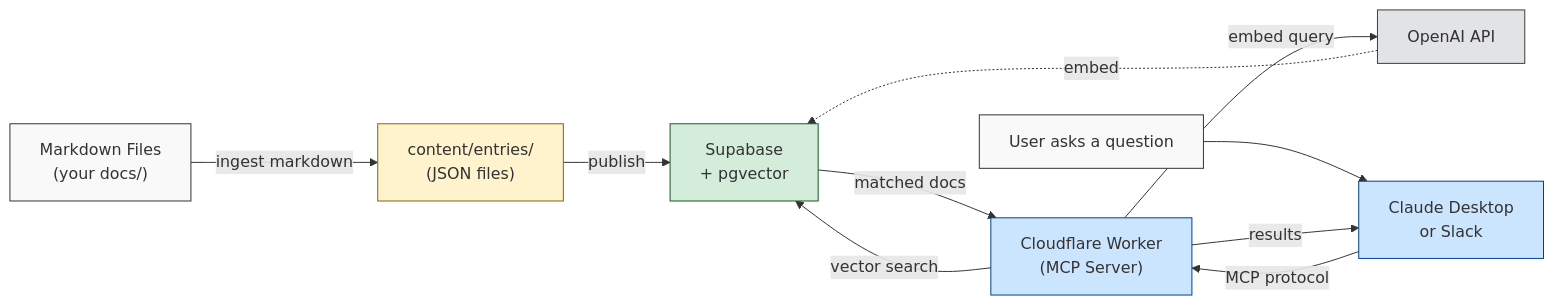
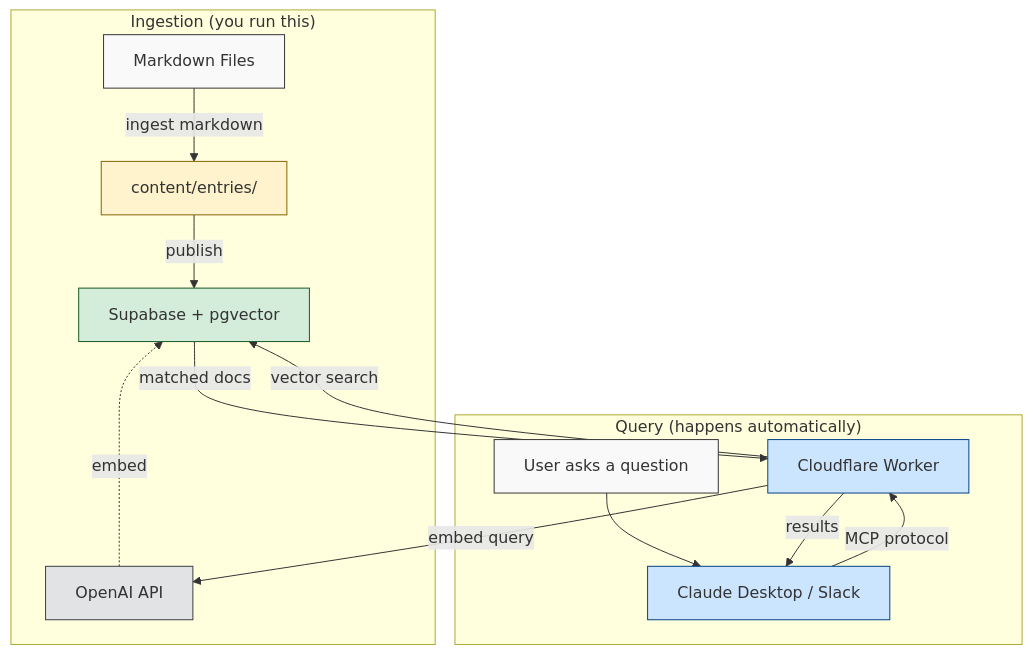
The diagram in README.md (southleft/company-docs-mcp), drawn with Mermaid before and after one commit. The commit also changed other lines of this file, not shown here.

Commit message:
docs: switch mermaid diagram to vertical layout for better readability

````diff
--- a/README.md
+++ b/README.md
@@ -153,21 +153,25 @@
 ```mermaid
-flowchart LR
-    A["Markdown Files\n(your docs/)"] -->|"ingest markdown"| B["content/entries/\n(JSON files)"]
-    B -->|"publish"| C["Supabase\n+ pgvector"]
-    D["OpenAI API"] -.->|"embed"| C
+flowchart TD
+    subgraph ingest ["Ingestion (you run this)"]
+        A["Markdown Files"] -->|"ingest markdown"| B["content/entries/"]
+        B -->|"publish"| C["Supabase + pgvector"]
+        D["OpenAI API"] -.->|"embed"| C
+    end
 
-    E["User asks a question"] --> F["Claude Desktop\nor Slack"]
-    F -->|"MCP protocol"| G["Cloudflare Worker\n(MCP Server)"]
-    G -->|"vector search"| C
-    G -->|"embed query"| D
-    C -->|"matched docs"| G
-    G -->|"results"| F
+    subgraph query ["Query (happens automatically)"]
+        E["User asks a question"] --> F["Claude Desktop / Slack"]
+        F -->|"MCP protocol"| G["Cloudflare Worker"]
+        G -->|"embed query"| D
+        G -->|"vector search"| C
+        C -->|"matched docs"| G
+        G -->|"results"| F
+    end
 
     style A fill:#f9f9f9,stroke:#333
     style B fill:#fff3cd,stroke:#856404
     style C fill:#d4edda,stroke:#155724
     style D fill:#e2e3e5,stroke:#383d41
     style E fill:#f9f9f9,stroke:#333
     style F fill:#cce5ff,stroke:#004085
     style G fill:#cce5ff,stroke:#004085
 ```
````
